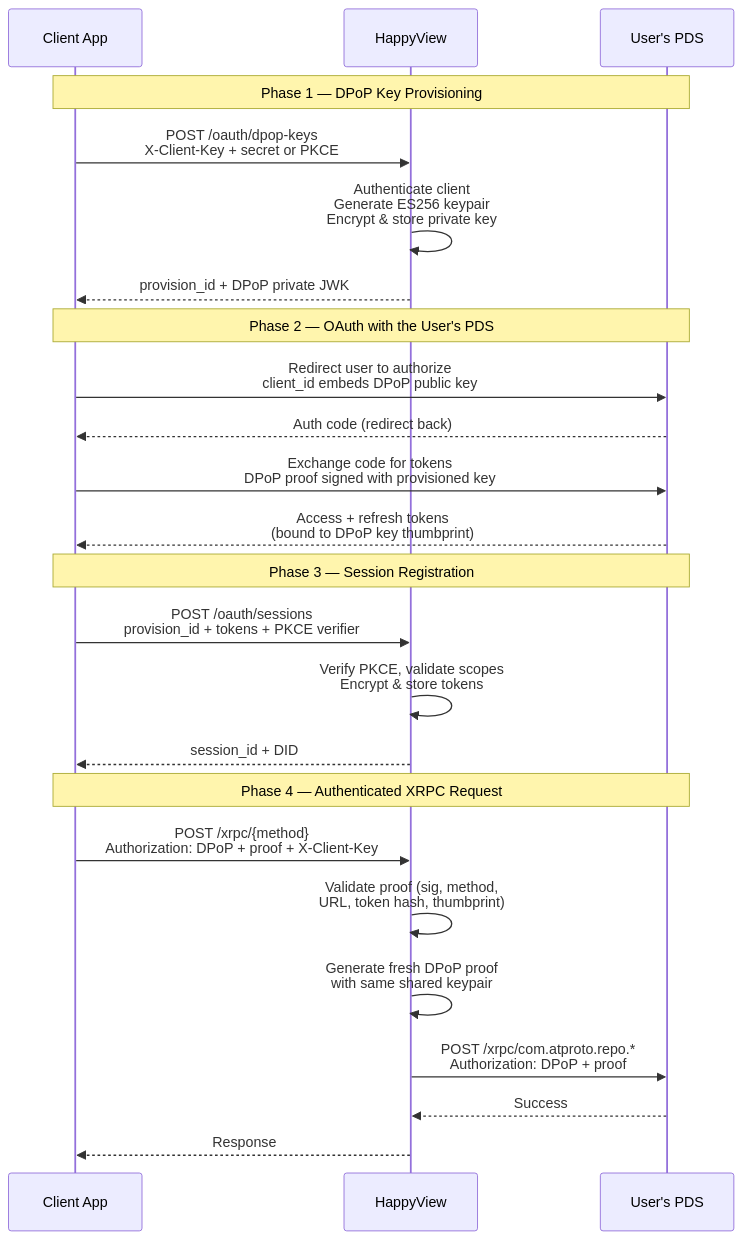
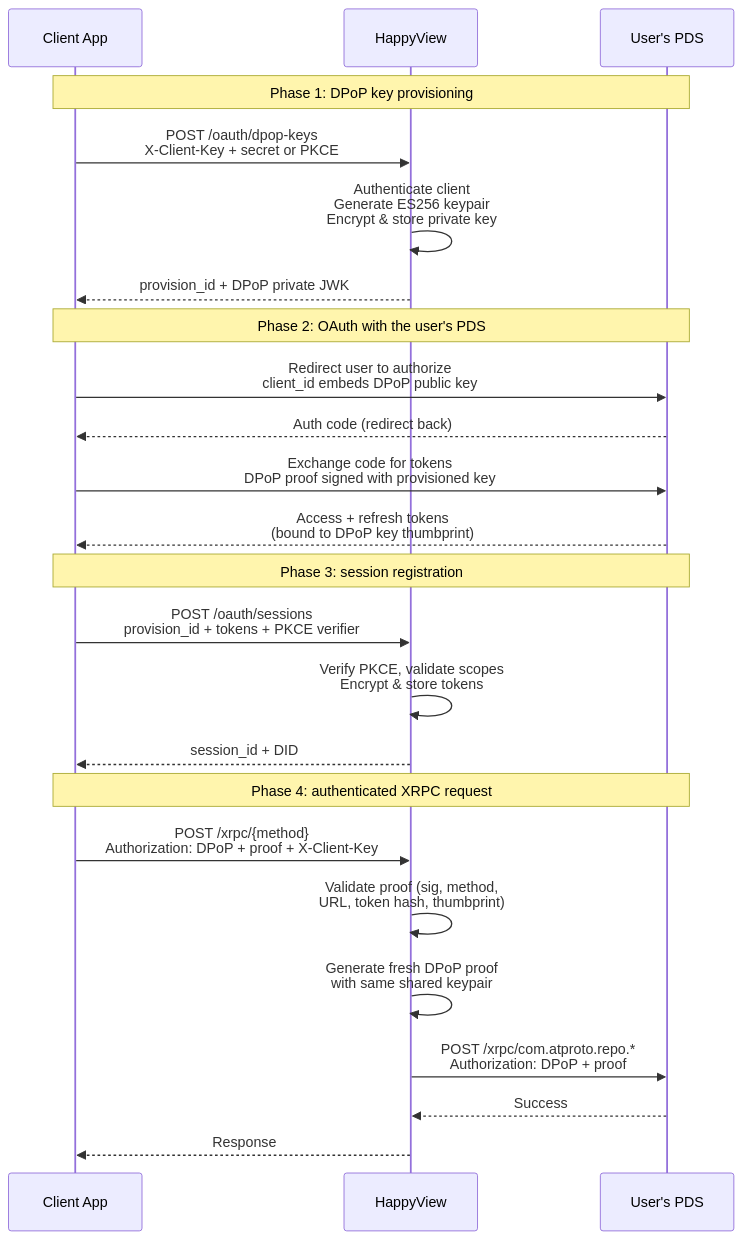
One commit to happyproto/happyview-docs changed the diagram in src/content/docs/docs/reference/authentication.mdx. Above: the diagram before and after it, drawn with Mermaid. The commit also changed other lines of this file and 118 other files, not shown here.

````diff
--- a/src/content/docs/docs/reference/authentication.mdx
+++ b/src/content/docs/docs/reference/authentication.mdx
@@ -341,31 +360,31 @@
 ```mermaid
 sequenceDiagram
     accTitle: Flow overview
     participant Client as Client App
     participant HV as HappyView
     participant PDS as User's PDS
 
-    note over Client,PDS: Phase 1 — DPoP Key Provisioning
+    note over Client,PDS: Phase 1: DPoP key provisioning
     Client->>HV: POST /oauth/dpop-keys<br/>X-Client-Key + secret or PKCE
     HV->>HV: Authenticate client<br/>Generate ES256 keypair<br/>Encrypt & store private key
     HV-->>Client: provision_id + DPoP private JWK
 
-    note over Client,PDS: Phase 2 — OAuth with the User's PDS
+    note over Client,PDS: Phase 2: OAuth with the user's PDS
     Client->>PDS: Redirect user to authorize<br/>client_id embeds DPoP public key
     PDS-->>Client: Auth code (redirect back)
     Client->>PDS: Exchange code for tokens<br/>DPoP proof signed with provisioned key
     PDS-->>Client: Access + refresh tokens<br/>(bound to DPoP key thumbprint)
 
-    note over Client,PDS: Phase 3 — Session Registration
+    note over Client,PDS: Phase 3: session registration
     Client->>HV: POST /oauth/sessions<br/>provision_id + tokens + PKCE verifier
     HV->>HV: Verify PKCE, validate scopes<br/>Encrypt & store tokens
     HV-->>Client: session_id + DID
 
-    note over Client,PDS: Phase 4 — Authenticated XRPC Request
+    note over Client,PDS: Phase 4: authenticated XRPC request
     Client->>HV: POST /xrpc/{method}<br/>Authorization: DPoP + proof + X-Client-Key
     HV->>HV: Validate proof (sig, method,<br/>URL, token hash, thumbprint)
     HV->>HV: Generate fresh DPoP proof<br/>with same shared keypair
     HV->>PDS: POST /xrpc/com.atproto.repo.*<br/>Authorization: DPoP + proof
     PDS-->>HV: Success
     HV-->>Client: Response
 ```
````
